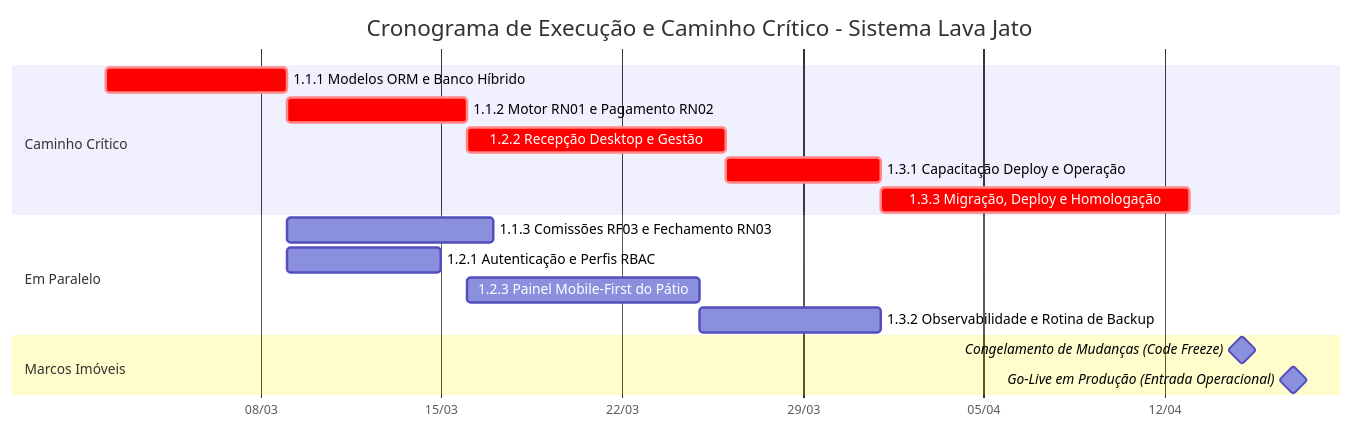
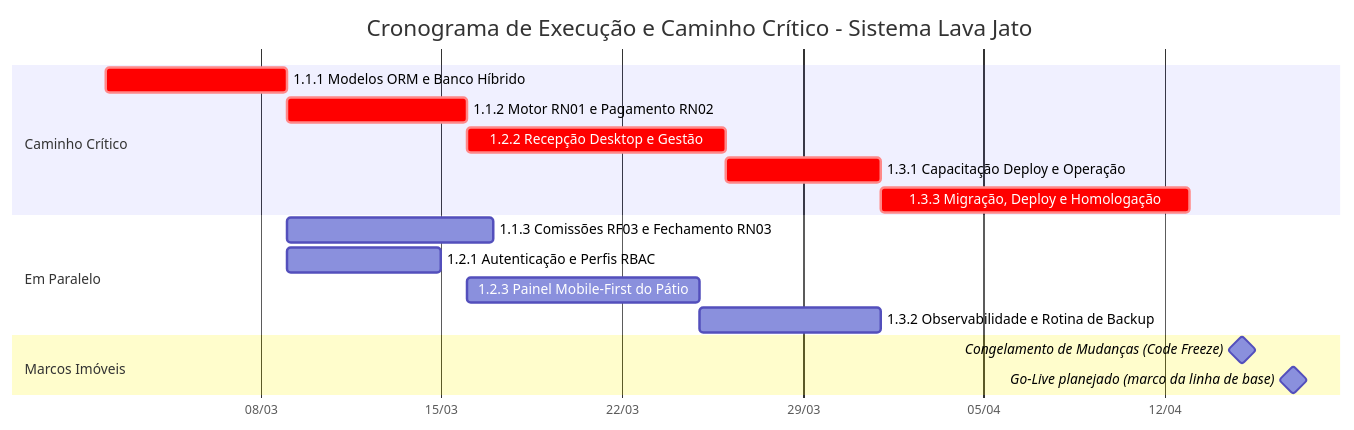
Before and after one commit to ednaldomaciel/projeto_posto_de_lavagem_ciesa: the second of 2 diagrams in PLANO.md, drawn with Mermaid. The commit also changed other lines of this file and 35 other files, not shown here.

````diff
--- a/PLANO.md
+++ b/PLANO.md
@@ -174,23 +178,23 @@
 ```mermaid
 gantt
     title Cronograma de Execução e Caminho Crítico - Sistema Lava Jato
     dateFormat YYYY-MM-DD
     axisFormat %d/%m
     
     section Caminho Crítico
     1.1.1 Modelos ORM e Banco Híbrido       :crit, a1, 2026-03-02, 7d
     1.1.2 Motor RN01 e Pagamento RN02        :crit, a2, after a1, 7d
     1.2.2 Recepção Desktop e Gestão          :crit, a3, after a2, 10d
     1.3.1 Capacitação Deploy e Operação      :crit, a4, after a3, 6d
     1.3.3 Migração, Deploy e Homologação     :crit, a5, after a4, 12d
 
     section Em Paralelo
     1.1.3 Comissões RF03 e Fechamento RN03   :b1, after a1, 8d
     1.2.1 Autenticação e Perfis RBAC         :b2, after a1, 6d
     1.2.3 Painel Mobile-First do Pátio       :b3, after a2, 9d
     1.3.2 Observabilidade e Rotina de Backup :b4, after b3, 7d
 
     section Marcos Imóveis
     Congelamento de Mudanças (Code Freeze)   :milestone, m1, 2026-04-15, 0d
-    Go-Live em Produção (Entrada Operacional):milestone, m2, 2026-04-17, 0d
+    Go-Live planejado (marco da linha de base):milestone, m2, 2026-04-17, 0d
 ```
````
